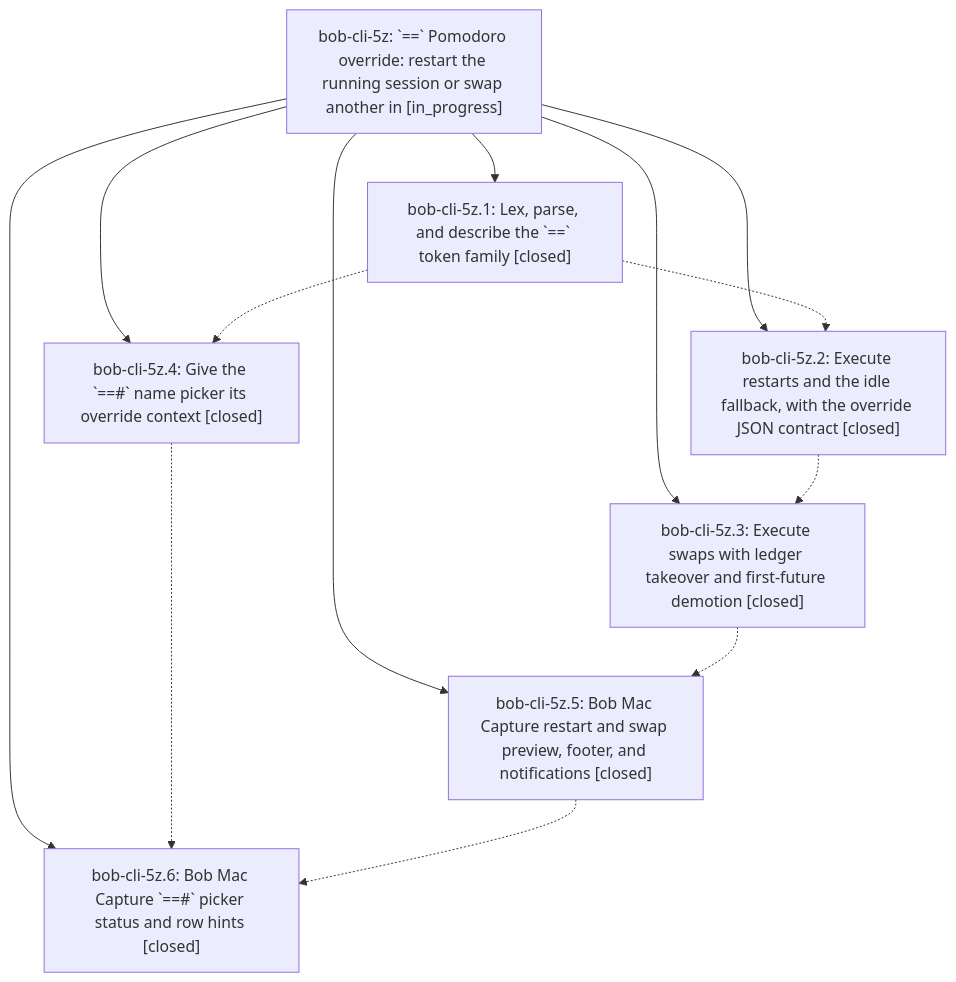
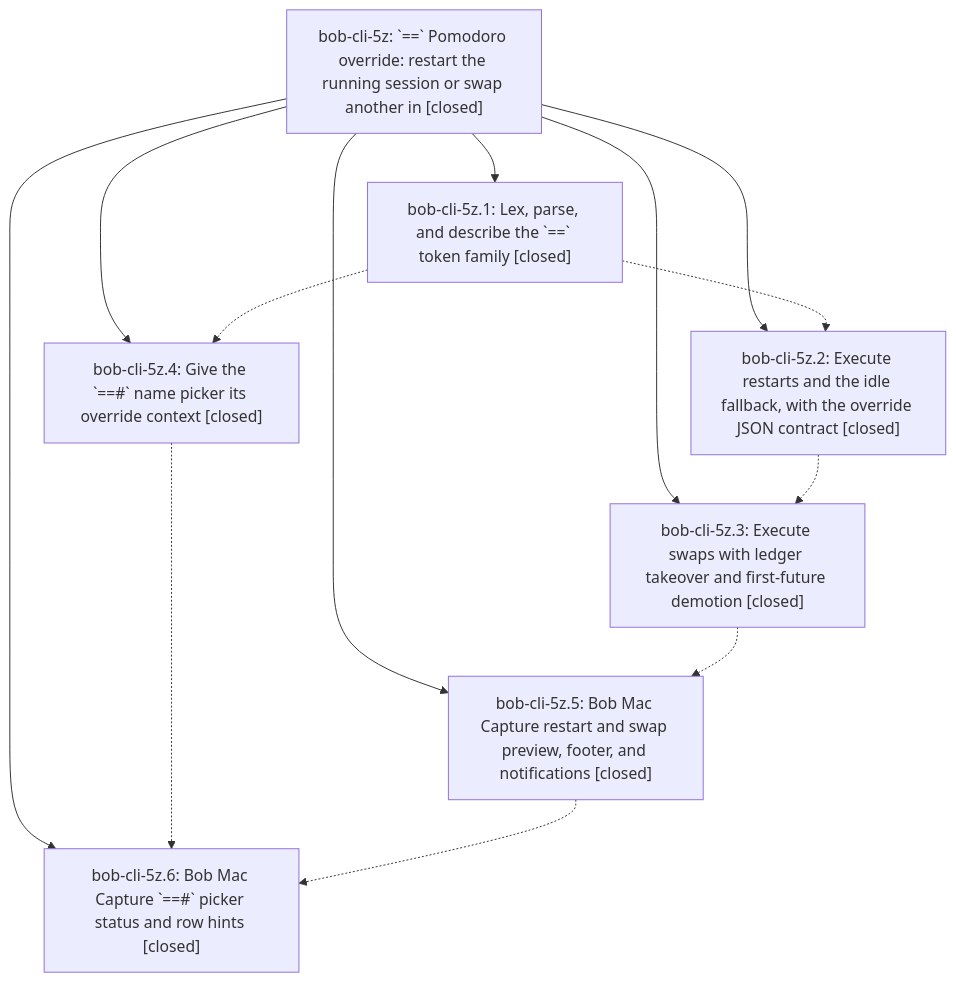
One commit to bobs-org/bob-cli--beads changed the diagram in pages/bob-cli-5z/README.md. Above: the diagram before and after it, drawn with Mermaid. The commit also changed other lines of this file and 3 other files, not shown here.

First line of the commit message:
chore(beads): sync bead state and pages for bob-cli-5z

````diff
--- a/pages/bob-cli-5z/README.md
+++ b/pages/bob-cli-5z/README.md
@@ -49,22 +51,22 @@
 ```mermaid
 flowchart TD
-    n0["bob-cli-5z: `==` Pomodoro override: restart the running session or swap another in [in_progress]"]
+    n0["bob-cli-5z: `==` Pomodoro override: restart the running session or swap another in [closed]"]
     n1["bob-cli-5z.1: Lex, parse, and describe the `==` token family [closed]"]
     n2["bob-cli-5z.2: Execute restarts and the idle fallback, with the override JSON contract [closed]"]
     n3["bob-cli-5z.3: Execute swaps with ledger takeover and first-future demotion [closed]"]
     n4["bob-cli-5z.4: Give the `==#` name picker its override context [closed]"]
     n5["bob-cli-5z.5: Bob Mac Capture restart and swap preview, footer, and notifications [closed]"]
     n6["bob-cli-5z.6: Bob Mac Capture `==#` picker status and row hints [closed]"]
     n0 --> n1
     n0 --> n2
     n0 --> n3
     n0 --> n4
     n0 --> n5
     n0 --> n6
     n1 -.-> n2
     n1 -.-> n4
     n2 -.-> n3
     n3 -.-> n5
     n4 -.-> n6
     n5 -.-> n6
 ```
````
